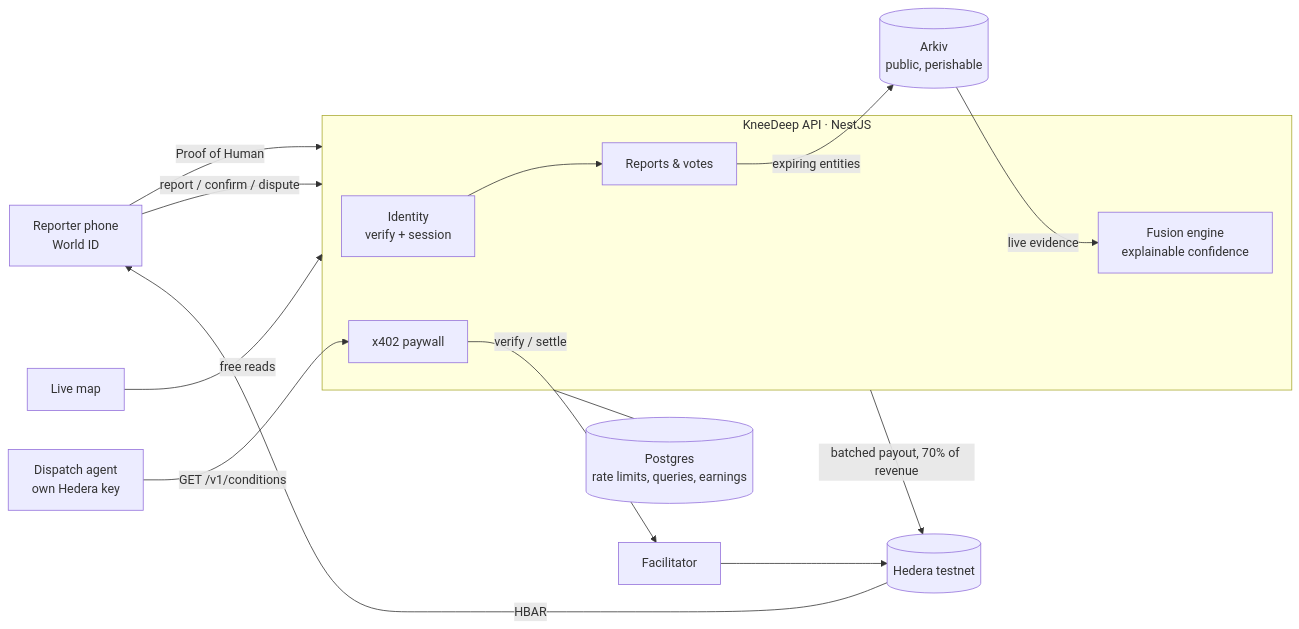
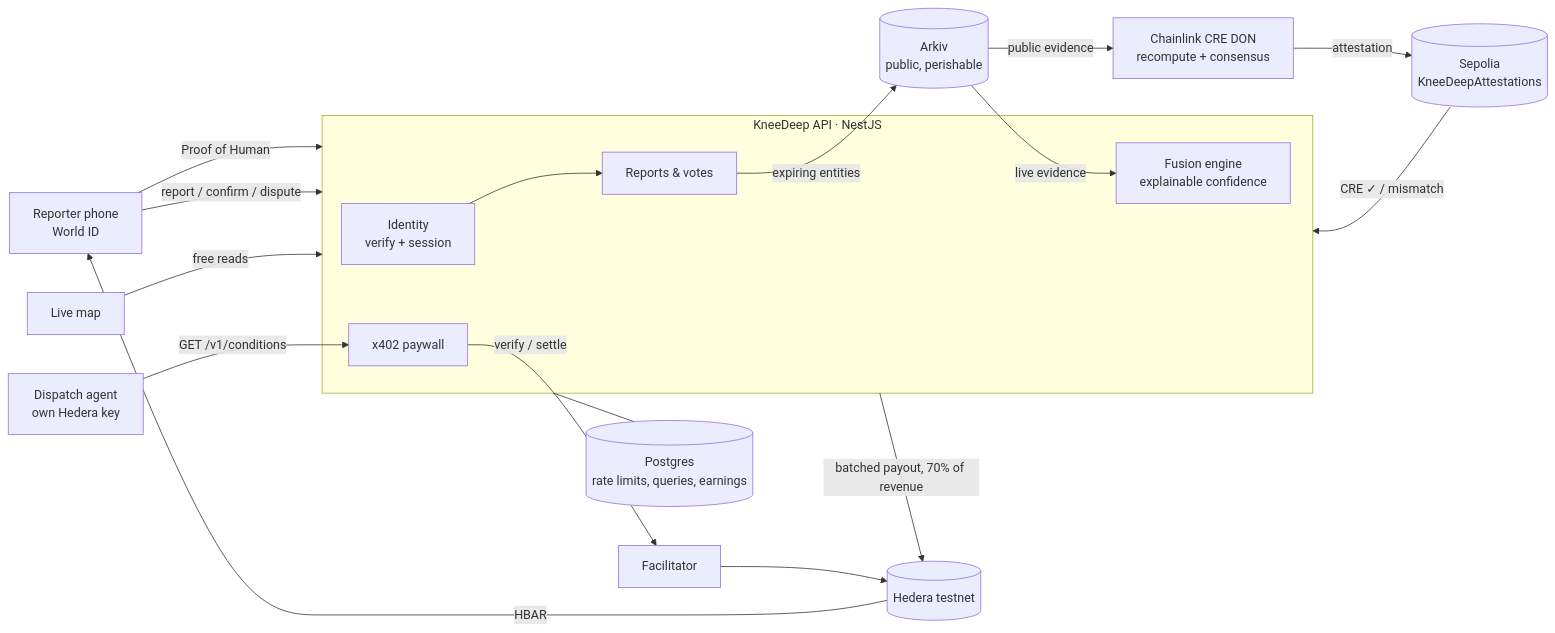
The diagram in README.md (Tapaswini98/KneeDeep), drawn with Mermaid before and after one commit. The commit also changed other lines of this file and 10 other files, not shown here.

````diff
--- a/README.md
+++ b/README.md
@@ -19,18 +19,21 @@
 ```mermaid
 flowchart LR
   R[Reporter phone<br/>World ID] -- Proof of Human --> API
   R -- report / confirm / dispute --> API
   subgraph API[KneeDeep API · NestJS]
     ID[Identity<br/>verify + session] --> W[Reports & votes]
     F[Fusion engine<br/>explainable confidence]
     P[x402 paywall]
   end
   W -- expiring entities --> ARK[(Arkiv<br/>public, perishable)]
   ARK -- live evidence --> F
   A[Dispatch agent<br/>own Hedera key] -- GET /v1/conditions --> P
   P -- verify / settle --> FAC[Facilitator] --> H[(Hedera testnet)]
   API -- batched payout, 70% of revenue --> H
+  ARK -- public evidence --> CRE[Chainlink CRE DON<br/>recompute + consensus]
+  CRE -- attestation --> SEP[(Sepolia<br/>KneeDeepAttestations)]
+  SEP -- CRE ✓ / mismatch --> API
   H -- HBAR --> R
   API --- PG[(Postgres<br/>rate limits, queries, earnings)]
   M[Live map] -- free reads --> API
 ```
````
